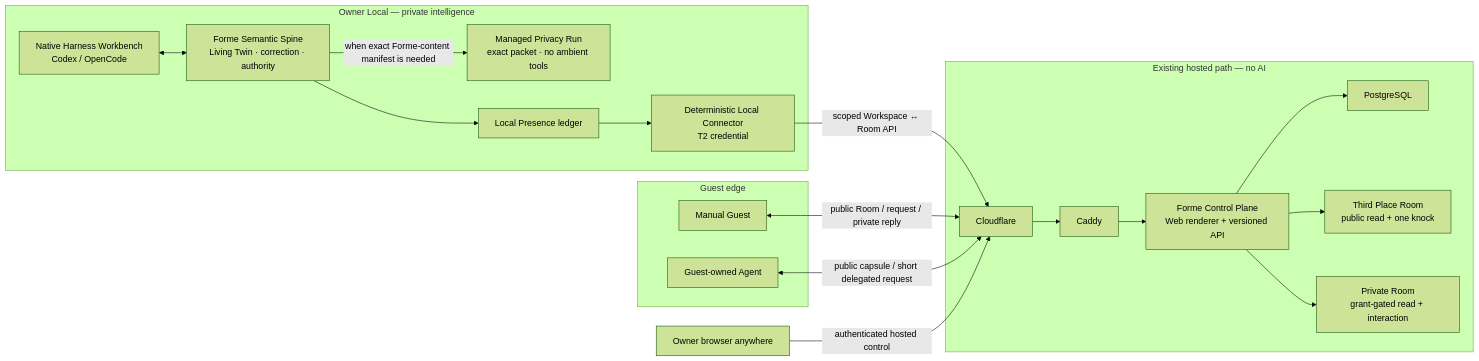
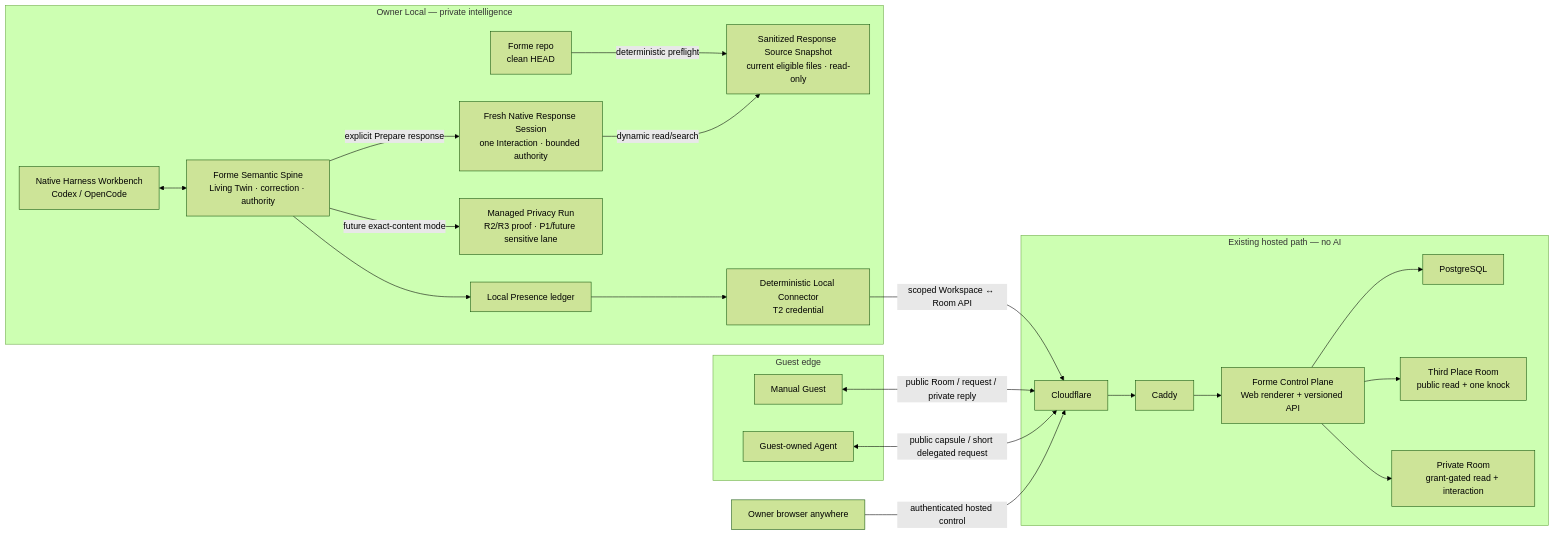
Before and after one commit to formehq/forme: the first of 2 diagrams in docs/R4-TECHNICAL-OWNER-REVIEW.md, drawn with Mermaid (forest theme). The commit also changed other lines of this file and 15 other files, not shown here.

Commit message:
Prepare Fresh Native Response T3 contract

````diff
--- a/docs/R4-TECHNICAL-OWNER-REVIEW.md
+++ b/docs/R4-TECHNICAL-OWNER-REVIEW.md
@@ -109,35 +117,41 @@
 ```mermaid
 flowchart LR
     subgraph Local["Owner Local — private intelligence"]
         Workbench["Native Harness Workbench<br/>Codex / OpenCode"]
         Spine["Forme Semantic Spine<br/>Living Twin · correction · authority"]
-        Managed["Managed Privacy Run<br/>exact packet · no ambient tools"]
+        Fresh["Fresh Native Response Session<br/>one Interaction · bounded authority"]
+        Source["Forme repo<br/>clean HEAD"]
+        Snapshot["Sanitized Response Source Snapshot<br/>current eligible files · read-only"]
+        Managed["Managed Privacy Run<br/>R2/R3 proof · P1/future sensitive lane"]
         Presence["Local Presence ledger"]
         Connector["Deterministic Local Connector<br/>T2 credential"]
         Workbench <--> Spine
-        Spine -->|"when exact Forme-content manifest is needed"| Managed
+        Spine -->|"explicit Prepare response"| Fresh
+        Source -->|"deterministic preflight"| Snapshot
+        Fresh -->|"dynamic read/search"| Snapshot
+        Spine -->|"future exact-content mode"| Managed
         Spine --> Presence --> Connector
     end
 
     subgraph Hosted["Existing hosted path — no AI"]
         Edge["Cloudflare"]
         Proxy["Caddy"]
         App["Forme Control Plane<br/>Web renderer + versioned API"]
         DB["PostgreSQL"]
         PublicRoom["Third Place Room<br/>public read + one knock"]
         PrivateRoom["Private Room<br/>grant-gated read + interaction"]
         Edge --> Proxy --> App --> DB
         App --> PublicRoom
         App --> PrivateRoom
     end
 
     subgraph Guest["Guest edge"]
         Manual["Manual Guest"]
         GuestAgent["Guest-owned Agent"]
     end
 
     Connector -->|"scoped Workspace ↔ Room API"| Edge
     Manual <-->|"public Room / request / private reply"| Edge
     GuestAgent <-->|"public capsule / short delegated request"| Edge
     OwnerWeb["Owner browser anywhere"] -->|"authenticated hosted control"| Edge
 ```
````
